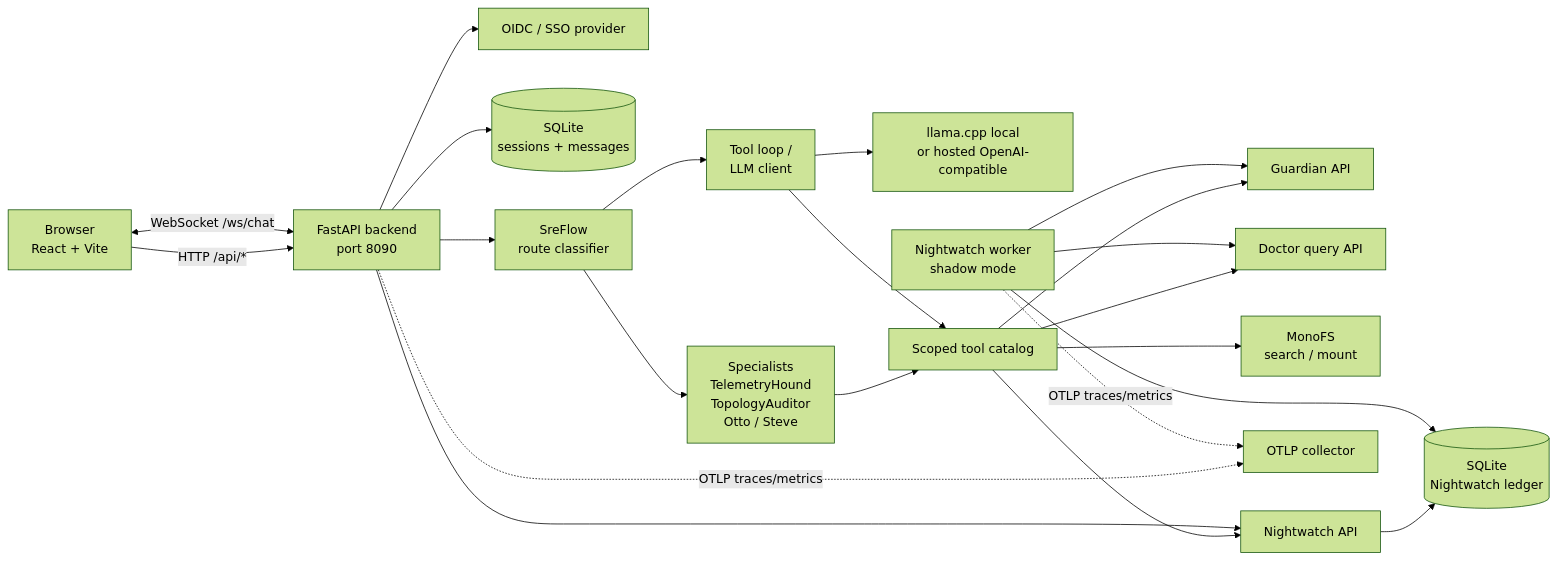
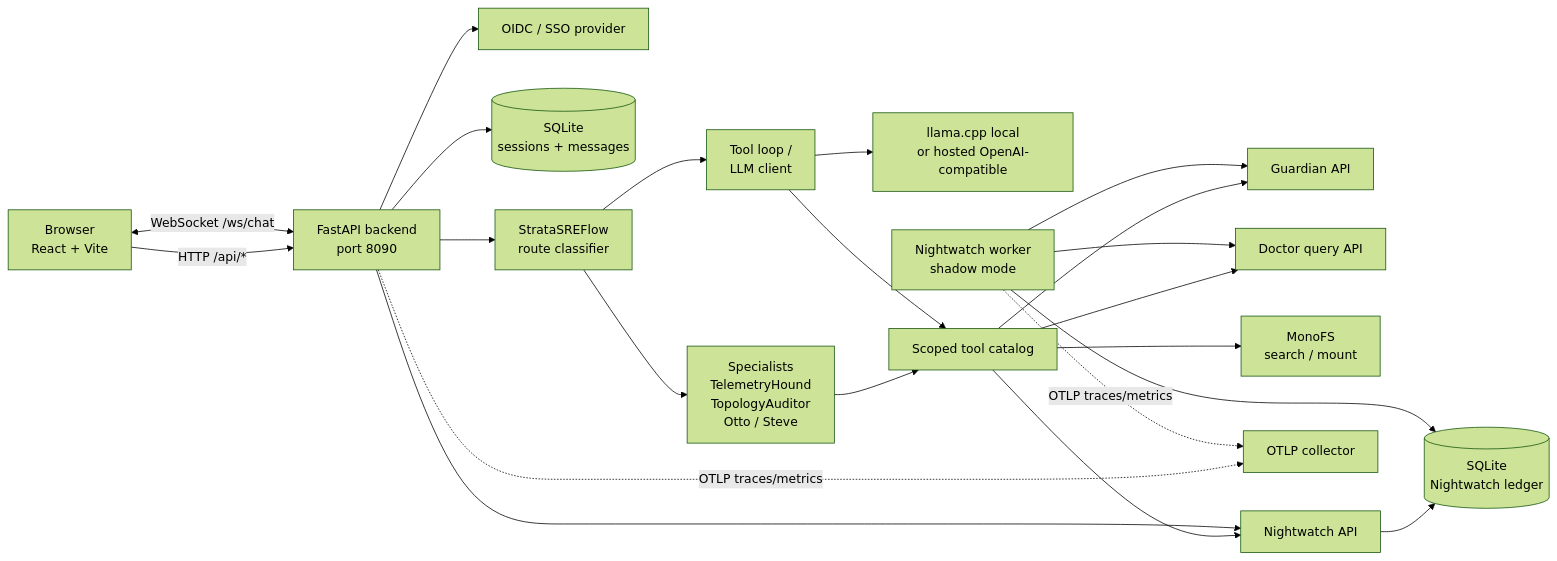
Before and after one commit to radryc/agent: the diagram in README.md, drawn with Mermaid (forest theme). The commit also changed other lines of this file and 62 other files, not shown here.

````diff
--- a/README.md
+++ b/README.md
@@ -7,28 +7,28 @@
 ```mermaid
 flowchart LR
     B[Browser<br/>React + Vite] -->|HTTP /api/*| API[FastAPI backend<br/>port 8090]
     B <-->|WebSocket /ws/chat| API
 
     API --> AUTH[OIDC / SSO provider]
     API --> SESS[(SQLite<br/>sessions + messages)]
-    API --> FLOW[SreFlow<br/>route classifier]
+    API --> FLOW[StrataSREFlow<br/>route classifier]
     FLOW --> LOOP[Tool loop /<br/>LLM client]
     FLOW --> SPEC[Specialists<br/>TelemetryHound<br/>TopologyAuditor<br/>Otto / Steve]
     LOOP --> LLM[llama.cpp local<br/>or hosted OpenAI-compatible]
     SPEC --> TOOLS[Scoped tool catalog]
     LOOP --> TOOLS
 
     TOOLS --> G[Guardian API]
     TOOLS --> D[Doctor query API]
     TOOLS --> M[MonoFS<br/>search / mount]
     TOOLS --> NWAPI[Nightwatch API]
 
     API --> NWAPI
     NWAPI --> LEDGER[(SQLite<br/>Nightwatch ledger)]
     NW[ Nightwatch worker<br/>shadow mode] --> LEDGER
     NW --> D
     NW --> G
 
     API -. OTLP traces/metrics .-> OTEL[OTLP collector]
     NW -. OTLP traces/metrics .-> OTEL
 ```
````
